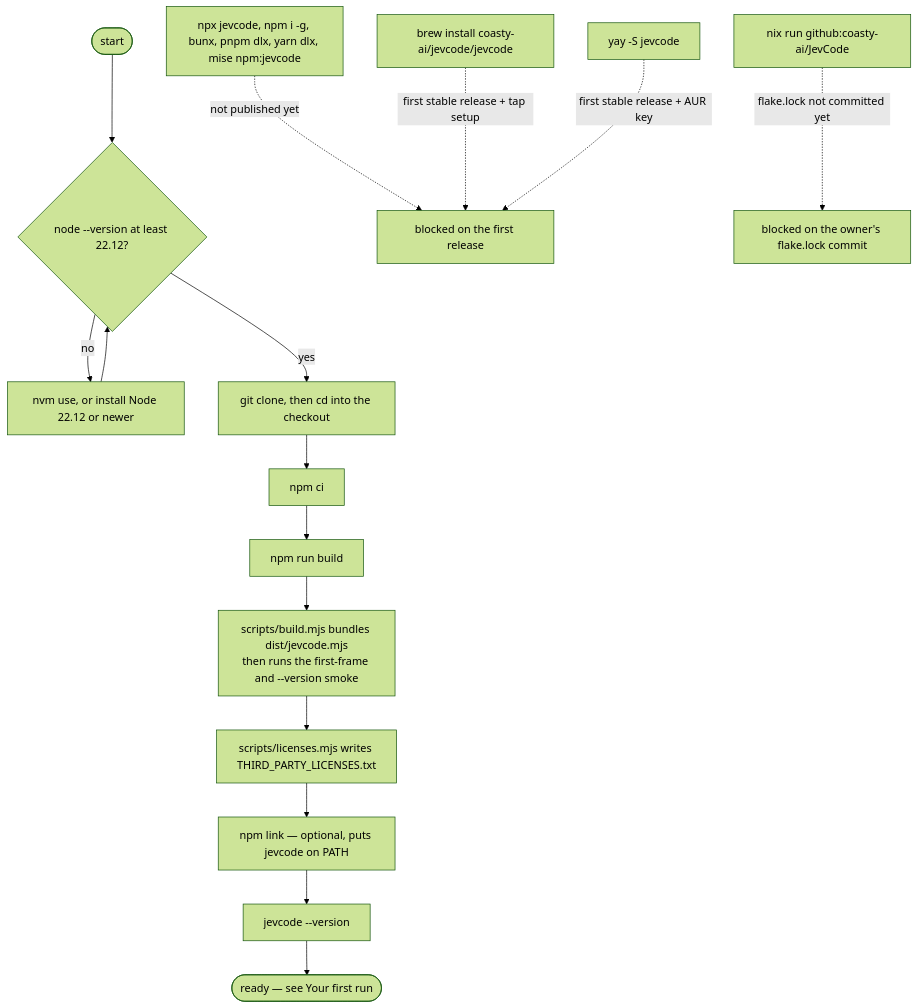
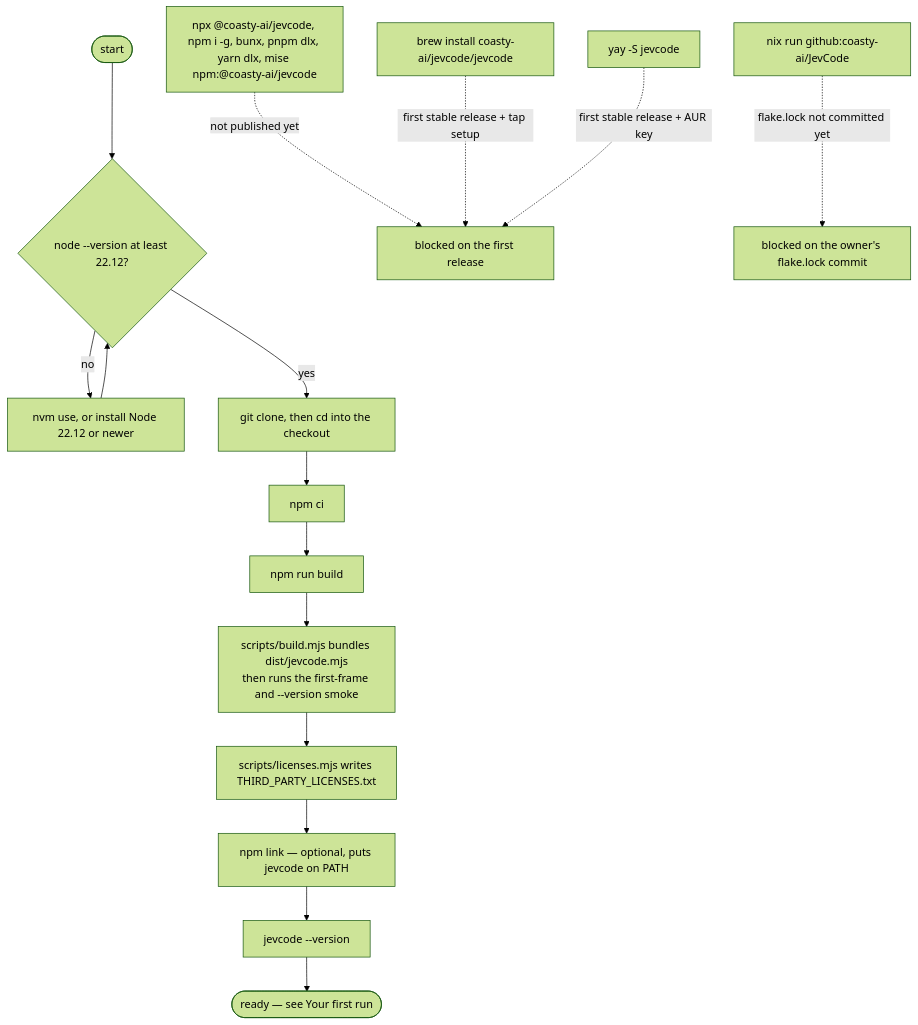
One commit to coasty-ai/JevCode changed the diagram in docs/getting-started/install.md. Above: the diagram before and after it, drawn with Mermaid (forest theme). The commit also changed other lines of this file and 32 other files, not shown here.

````diff
--- a/docs/getting-started/install.md
+++ b/docs/getting-started/install.md
@@ -170,19 +173,19 @@
 ```mermaid
 flowchart TD
   A(["start"]) --> N{"node --version at least 22.12?"}
   N -->|"no"| NVM["nvm use, or install Node 22.12 or newer"]
   NVM --> N
   N -->|"yes"| S1["git clone, then cd into the checkout"]
   S1 --> S2["npm ci"]
   S2 --> S3["npm run build"]
   S3 --> S3A["scripts/build.mjs bundles dist/jevcode.mjs<br/>then runs the first-frame and --version smoke"]
   S3A --> S3B["scripts/licenses.mjs writes THIRD_PARTY_LICENSES.txt"]
   S3B --> S4["npm link — optional, puts jevcode on PATH"]
   S4 --> V["jevcode --version"]
   V --> READY(["ready — see Your first run"])
 
-  X1["npx jevcode, npm i -g, bunx, pnpm dlx, yarn dlx, mise npm:jevcode"] -.->|"not published yet"| BLOCKED["blocked on the first release"]
+  X1["npx @coasty-ai/jevcode, npm i -g, bunx, pnpm dlx, yarn dlx, mise npm:@coasty-ai/jevcode"] -.->|"not published yet"| BLOCKED["blocked on the first release"]
   X2["brew install coasty-ai/jevcode/jevcode"] -.->|"first stable release + tap setup"| BLOCKED
   X3["yay -S jevcode"] -.->|"first stable release + AUR key"| BLOCKED
   X4["nix run github:coasty-ai/JevCode"] -.->|"flake.lock not committed yet"| LOCK["blocked on the owner's flake.lock commit"]
 ```
````
